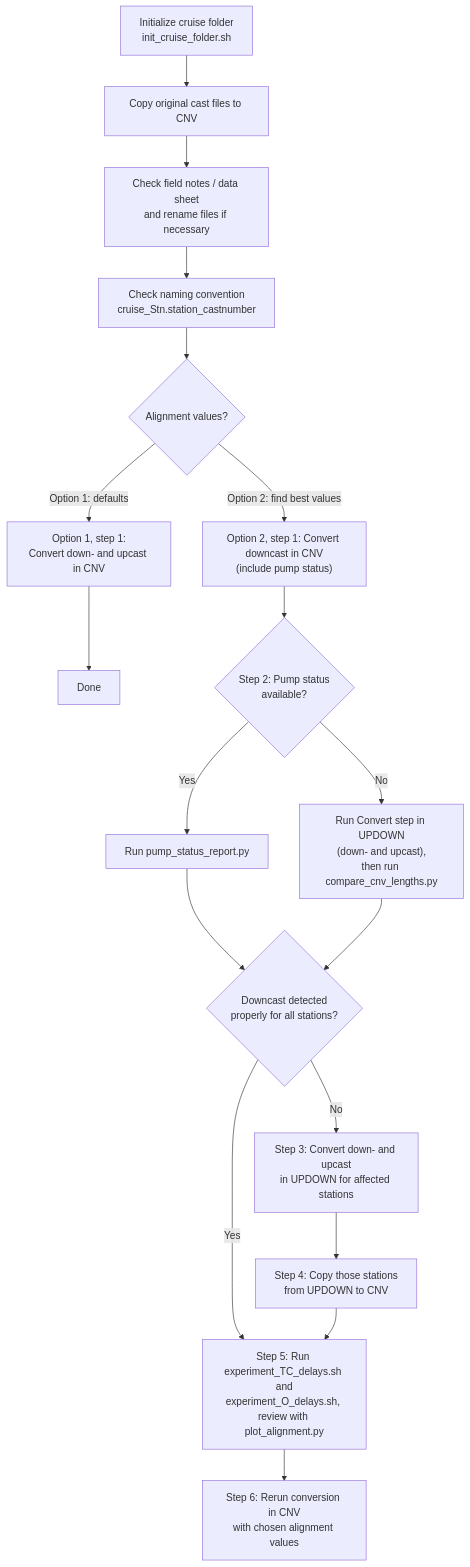
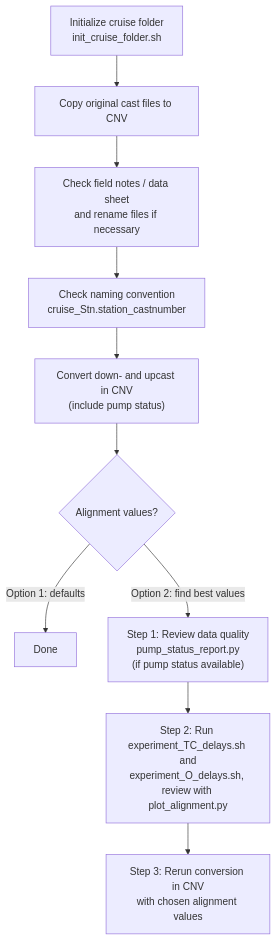
Before and after one commit to GCOOS/SBE-Data-Processing-Toolkit: the diagram in README.md, drawn with Mermaid. The commit also changed other lines of this file and 9 other files, not shown here.

Commit message:
Changed workflow and instructions to always convert both down- and upcast.

````diff
--- a/README.md
+++ b/README.md
@@ -149,30 +132,19 @@
 ```mermaid
 flowchart TD
     P1["Initialize cruise folder<br/>init_cruise_folder.sh"]
     P2["Copy original cast files to CNV"]
     P3["Check field notes / data sheet<br/>and rename files if necessary"]
     P4["Check naming convention<br/>cruise_Stn.station_castnumber"]
+    P5["Convert down- and upcast in CNV<br/>(include pump status)"]
     CHOICE{"Alignment values?"}
 
-    A1["Option 1, step 1:<br/>Convert down- and upcast in CNV"]
     DONE1["Done"]
 
-    B1["Option 2, step 1: Convert downcast in CNV<br/>(include pump status)"]
-    BP{"Step 2: Pump status<br/>available?"}
-    B2A["Run pump_status_report.py"]
-    B2B["Run Convert step in UPDOWN<br/>(down- and upcast),<br/>then run compare_cnv_lengths.py"]
-    BD2{"Downcast detected<br/>properly for all stations?"}
-    B3["Step 3: Convert down- and upcast<br/>in UPDOWN for affected stations"]
-    B4["Step 4: Copy those stations<br/>from UPDOWN to CNV"]
-    B5["Step 5: Run experiment_TC_delays.sh and<br/>experiment_O_delays.sh, review with plot_alignment.py"]
-    B6["Step 6: Rerun conversion in CNV<br/>with chosen alignment values"]
+    B1["Step 1: Review data quality<br/>pump_status_report.py<br/>(if pump status available)"]
+    B2["Step 2: Run experiment_TC_delays.sh and<br/>experiment_O_delays.sh, review with plot_alignment.py"]
+    B3["Step 3: Rerun conversion in CNV<br/>with chosen alignment values"]
 
-    P1 --> P2 --> P3 --> P4 --> CHOICE
-    CHOICE -- "Option 1: defaults" --> A1 --> DONE1
-    CHOICE -- "Option 2: find best values" --> B1 --> BP
-    BP -- Yes --> B2A --> BD2
-    BP -- No --> B2B --> BD2
-    BD2 -- Yes --> B5
-    BD2 -- No --> B3 --> B4 --> B5
-    B5 --> B6
+    P1 --> P2 --> P3 --> P4 --> P5 --> CHOICE
+    CHOICE -- "Option 1: defaults" --> DONE1
+    CHOICE -- "Option 2: find best values" --> B1 --> B2 --> B3
 ```
````
